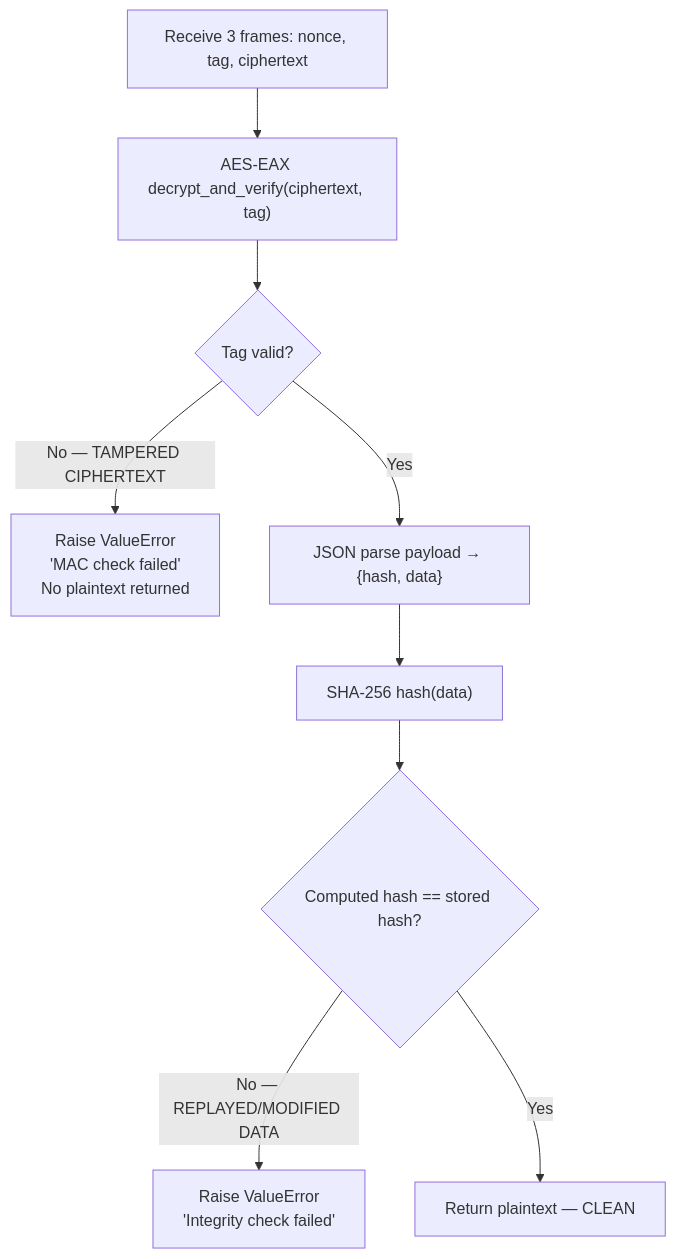
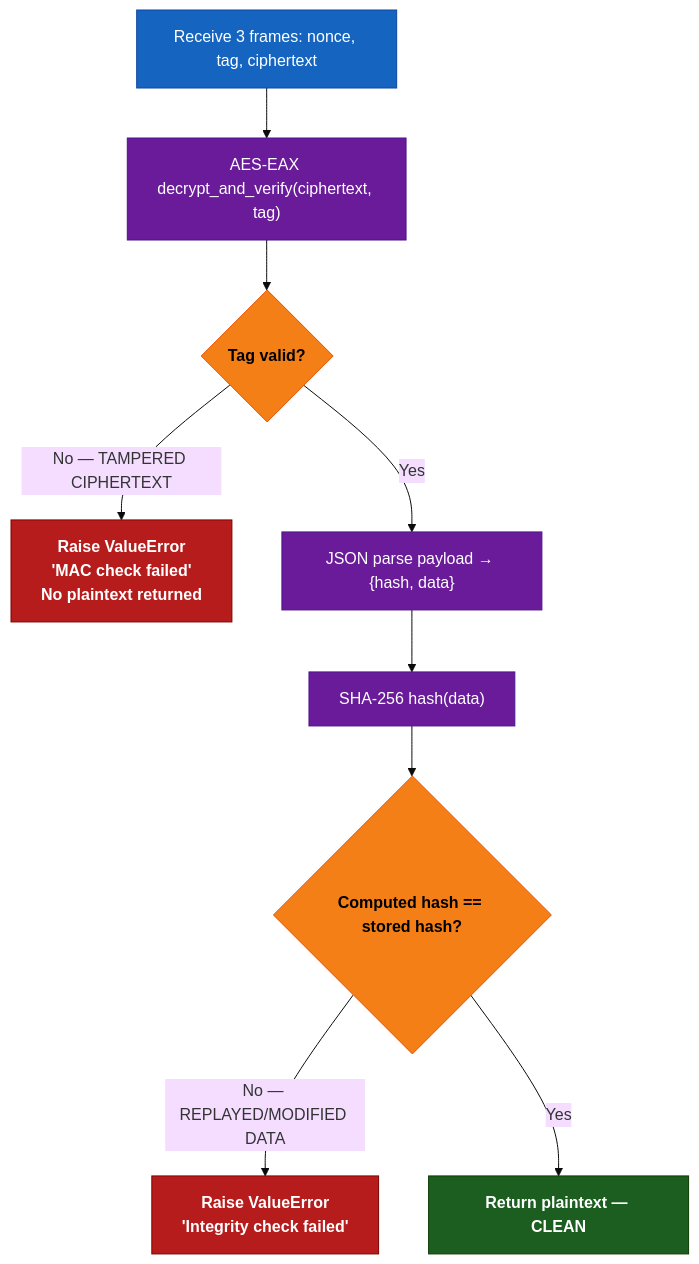
Before and after one commit to HeshamAfandi/Secure-Communication-System: the seventh of 14 diagrams in PROJECT_DOCUMENTATION.md, drawn with Mermaid. The commit also changed other lines of this file, not shown here.

Commit message:
made the diagrams colored

````diff
--- a/PROJECT_DOCUMENTATION.md
+++ b/PROJECT_DOCUMENTATION.md
@@ -674,12 +708,19 @@
 ```mermaid
+%%{init: {'theme': 'base'}}%%
 flowchart TD
-    R["Receive 3 frames: nonce, tag, ciphertext"] --> D
-    D["AES-EAX decrypt_and_verify(ciphertext, tag)"]
-    D --> E{Tag valid?}
-    E -->|No — TAMPERED CIPHERTEXT| ERR1["Raise ValueError<br/>'MAC check failed'<br/>No plaintext returned"]
-    E -->|Yes| F["JSON parse payload → {hash, data}"]
-    F --> G["SHA-256 hash(data)"]
-    G --> H{Computed hash == stored hash?}
-    H -->|No — REPLAYED/MODIFIED DATA| ERR2["Raise ValueError<br/>'Integrity check failed'"]
-    H -->|Yes| OK["Return plaintext — CLEAN"]
+    classDef input    fill:#1565C0,stroke:#0D47A1,color:#FFFFFF
+    classDef process  fill:#6A1B9A,stroke:#4A148C,color:#FFFFFF
+    classDef decision fill:#F57F17,stroke:#E65100,color:#000000,font-weight:bold
+    classDef success  fill:#1B5E20,stroke:#0D3B00,color:#FFFFFF,font-weight:bold
+    classDef failure  fill:#B71C1C,stroke:#7F0000,color:#FFFFFF,font-weight:bold
+
+    R["Receive 3 frames: nonce, tag, ciphertext"]:::input --> D
+    D["AES-EAX decrypt_and_verify(ciphertext, tag)"]:::process
+    D --> E{Tag valid?}:::decision
+    E -->|No — TAMPERED CIPHERTEXT| ERR1["Raise ValueError<br/>'MAC check failed'<br/>No plaintext returned"]:::failure
+    E -->|Yes| F["JSON parse payload → {hash, data}"]:::process
+    F --> G["SHA-256 hash(data)"]:::process
+    G --> H{Computed hash == stored hash?}:::decision
+    H -->|No — REPLAYED/MODIFIED DATA| ERR2["Raise ValueError<br/>'Integrity check failed'"]:::failure
+    H -->|Yes| OK["Return plaintext — CLEAN"]:::success
 ```
````
